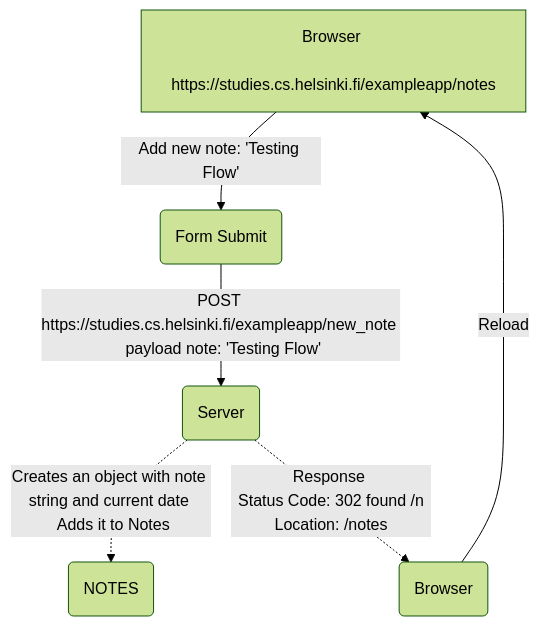
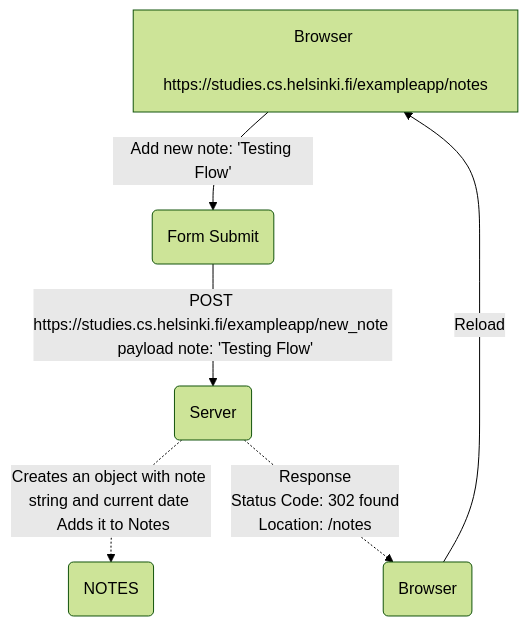
One commit to bmsfs/fullstackopen changed the diagram in part0/0.4.md. Above: the diagram before and after it, drawn with Mermaid (forest theme).

Commit message:
fix for break line

````diff
--- a/part0/0.4.md
+++ b/part0/0.4.md
@@ -1,7 +1,7 @@
 ``` mermaid
     flowchart
         A[Browser \n https://studies.cs.helsinki.fi/exampleapp/notes] --> |Add new note: 'Testing Flow'| B(Form Submit) --> |POST https://studies.cs.helsinki.fi/exampleapp/new_note \n payload note: 'Testing Flow'| C(Server)
         C(Server) -.-> |Creates an object with note string and current date \n Adds it to Notes| E(NOTES)
-        C(Server) -.-> |Response \n Status Code: 302 found /n Location: /notes| F(Browser)
+        C(Server) -.-> |Response \n Status Code: 302 found \n Location: /notes| F(Browser)
         F(Browser) --> |Reload| A
 ```
````
